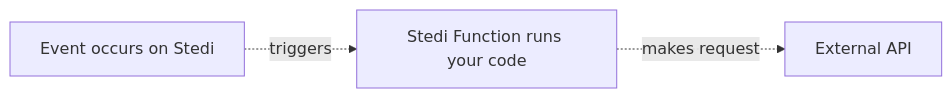
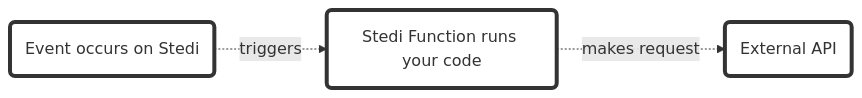
Before and after one commit to Stedi/starter-kit: the first of 2 diagrams in stedi-cloud/functions/web-request/readme.md, drawn with Mermaid. The commit also changed other lines of this file and 2 other files, not shown here.

Commit message:
updated examples, diagrams

````diff
--- a/stedi-cloud/functions/web-request/readme.md
+++ b/stedi-cloud/functions/web-request/readme.md
@@ -11,5 +11,7 @@
 ```mermaid
 flowchart LR;
-id1[Event occurs on Stedi]-. triggers .-> id2;
-id2[Stedi Function runs your code]-. makes request .->id3[External  API];
+id1(Event occurs on Stedi)-. triggers .-> id2;
+id2(Stedi Function runs your code)-. makes request .->id3(External  API);
+classDef className fill:#fff,stroke:#333,stroke-width:4px
+class id1,id2,id3 className;
 ```
````
